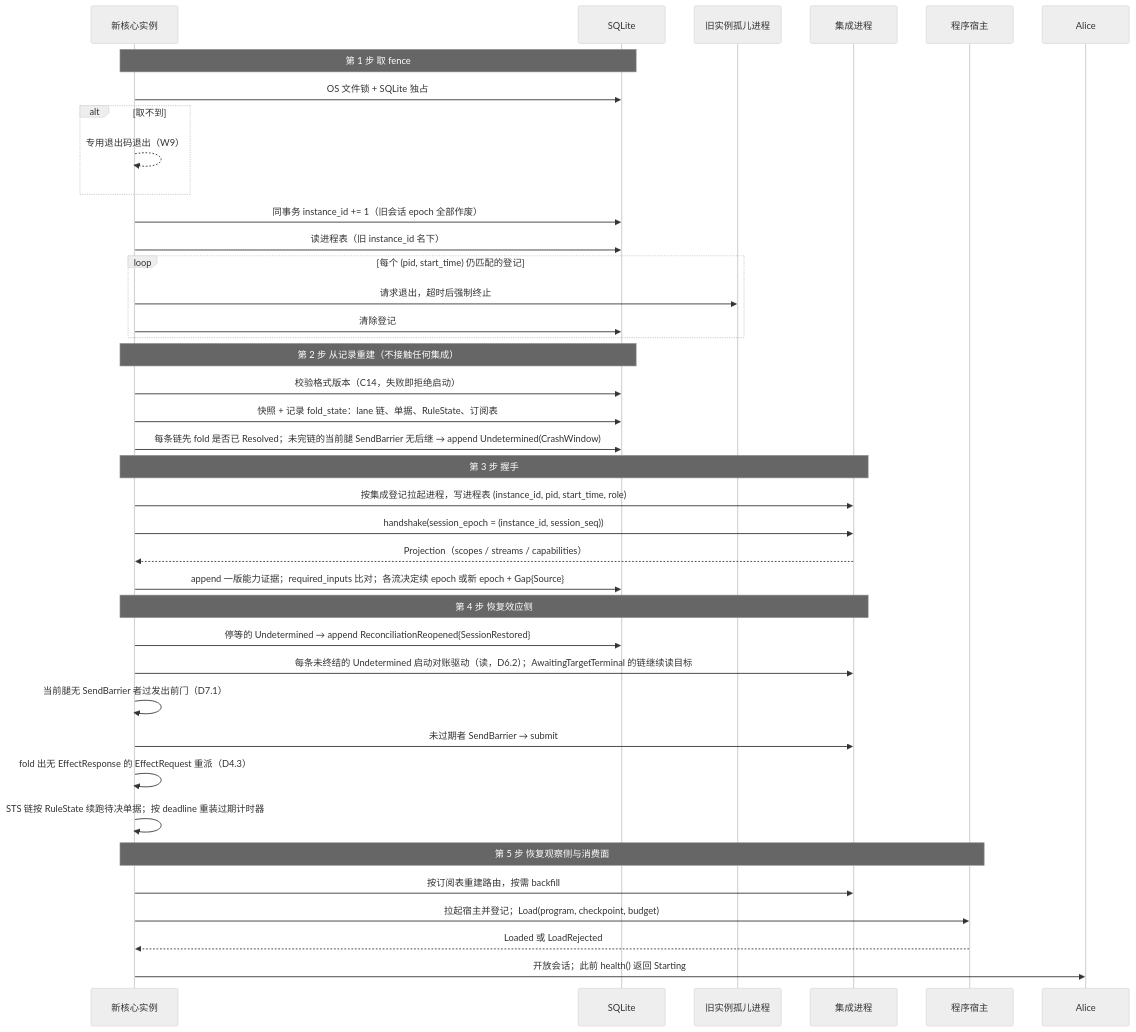
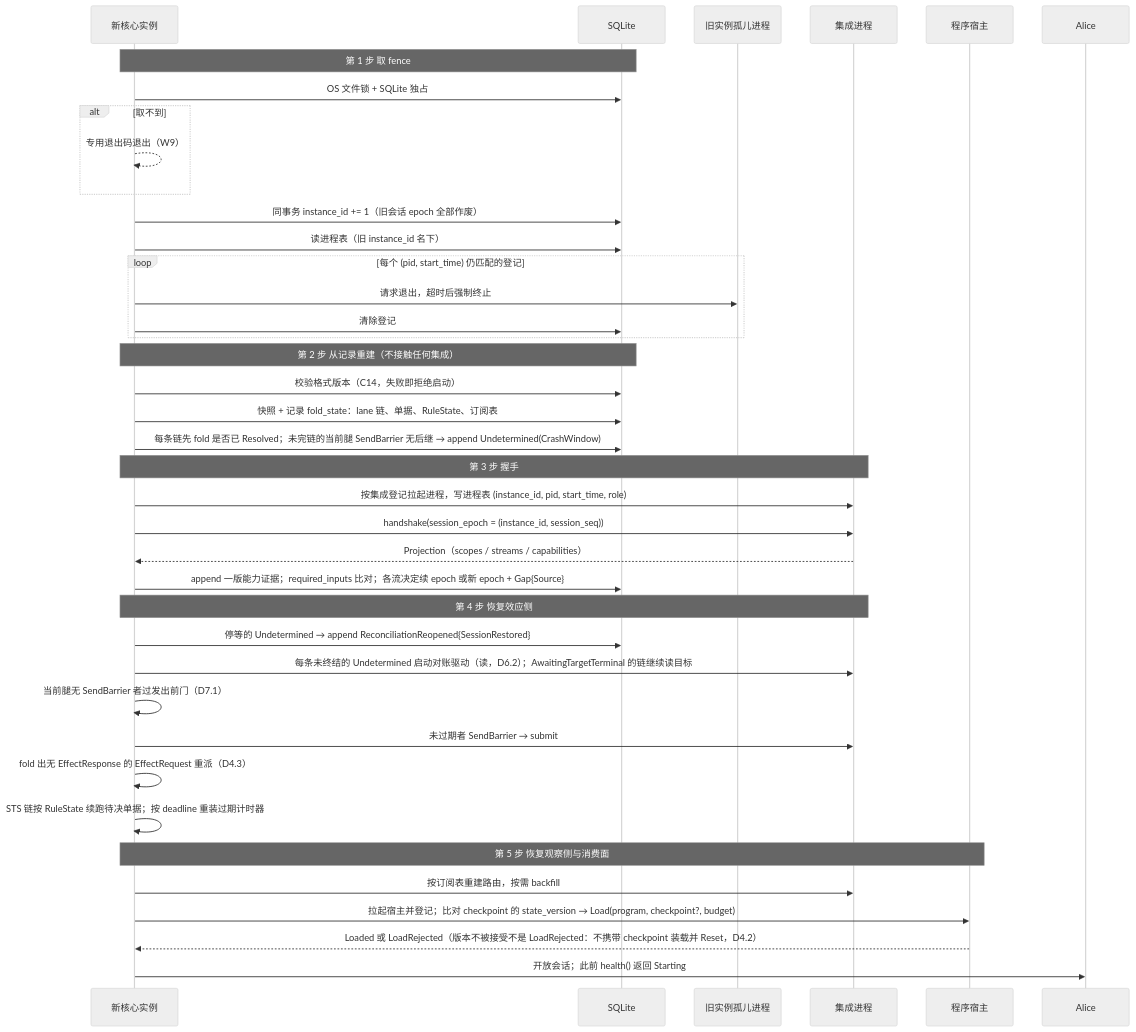
One commit to mouriya-s-lab/uta changed the second of 4 diagrams in design/diagrams/01-process-topology.md. Above: the diagram before and after it, drawn with Mermaid (neutral theme). The commit also changed other lines of this file and 24 other files, not shown here.

````diff
--- a/design/diagrams/01-process-topology.md
+++ b/design/diagrams/01-process-topology.md
@@ -50,41 +50,41 @@
 ```mermaid
 sequenceDiagram
   participant N as 新核心实例
   participant DB as SQLite
   participant O as 旧实例孤儿进程
   participant I as 集成进程
   participant H as 程序宿主
   participant A as Alice
   Note over N,DB: 第 1 步 取 fence
   N->>DB: OS 文件锁 + SQLite 独占
   alt 取不到
     N-->>N: 专用退出码退出（W9）
   end
   N->>DB: 同事务 instance_id += 1（旧会话 epoch 全部作废）
   N->>DB: 读进程表（旧 instance_id 名下）
   loop 每个 (pid, start_time) 仍匹配的登记
     N->>O: 请求退出，超时后强制终止
     N->>DB: 清除登记
   end
   Note over N,DB: 第 2 步 从记录重建（不接触任何集成）
   N->>DB: 校验格式版本（C14，失败即拒绝启动）
   N->>DB: 快照 + 记录 fold_state：lane 链、单据、RuleState、订阅表
   N->>DB: 每条链先 fold 是否已 Resolved；未完链的当前腿 SendBarrier 无后继 → append Undetermined(CrashWindow)
   Note over N,I: 第 3 步 握手
   N->>I: 按集成登记拉起进程，写进程表 (instance_id, pid, start_time, role)
   N->>I: handshake(session_epoch = (instance_id, session_seq))
   I-->>N: Projection（scopes / streams / capabilities）
   N->>DB: append 一版能力证据；required_inputs 比对；各流决定续 epoch 或新 epoch + Gap{Source}
   Note over N,I: 第 4 步 恢复效应侧
   N->>DB: 停等的 Undetermined → append ReconciliationReopened{SessionRestored}
   N->>I: 每条未终结的 Undetermined 启动对账驱动（读，D6.2）；AwaitingTargetTerminal 的链继续读目标
   N->>N: 当前腿无 SendBarrier 者过发出前门（D7.1）
   N->>I: 未过期者 SendBarrier → submit
   N->>N: fold 出无 EffectResponse 的 EffectRequest 重派（D4.3）
   N->>N: STS 链按 RuleState 续跑待决单据；按 deadline 重装过期计时器
   Note over N,H: 第 5 步 恢复观察侧与消费面
   N->>I: 按订阅表重建路由，按需 backfill
-  N->>H: 拉起宿主并登记；Load(program, checkpoint, budget)
-  H-->>N: Loaded 或 LoadRejected
+  N->>H: 拉起宿主并登记；比对 checkpoint 的 state_version → Load(program, checkpoint?, budget)
+  H-->>N: Loaded 或 LoadRejected（版本不被接受不是 LoadRejected：不携带 checkpoint 装载并 Reset，D4.2）
   N->>A: 开放会话；此前 health() 返回 Starting
 ```
````
